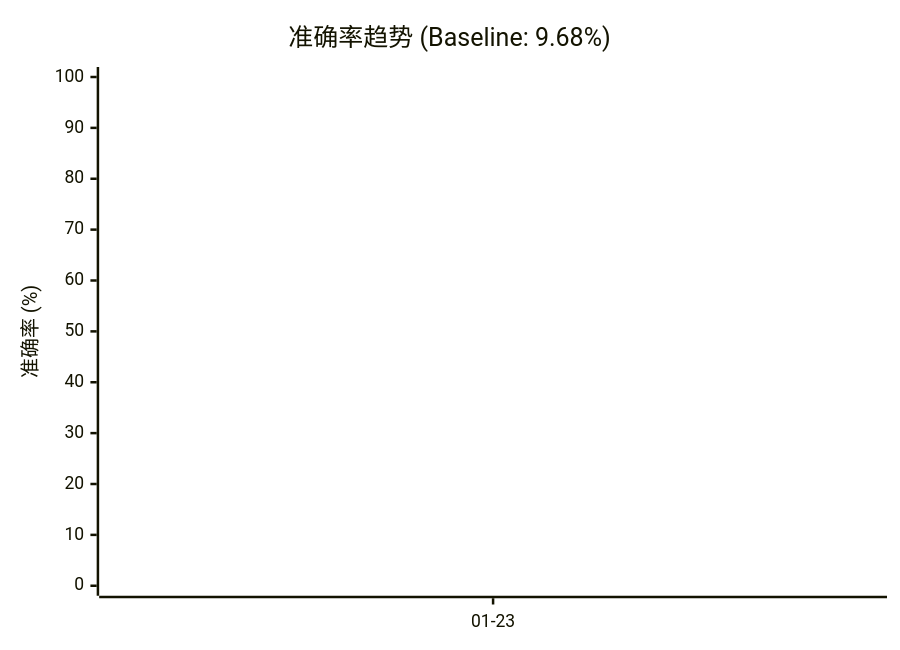
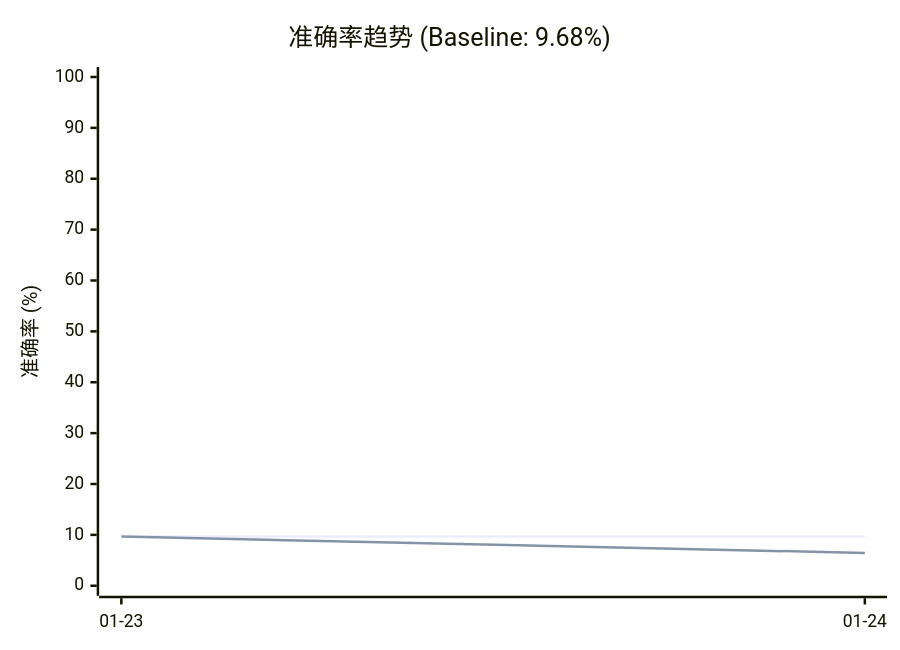
The first of 7 diagrams in evaluation/README.md (gongxh13/rca-agent), drawn with Mermaid before and after one commit. The commit also changed other lines of this file, not shown here.

````diff
--- a/evaluation/README.md
+++ b/evaluation/README.md
@@ -59,8 +60,8 @@
 ```mermaid
 xychart-beta
     title "准确率趋势 (Baseline: 9.68%)"
-    x-axis ["01-23"]
+    x-axis ["01-23", "01-24"]
     y-axis "准确率 (%)" 0 --> 100
-    line [9.68]
-    line [9.68]
+    line [9.68, 9.68]
+    line [9.68, 6.45]
 ```
````
